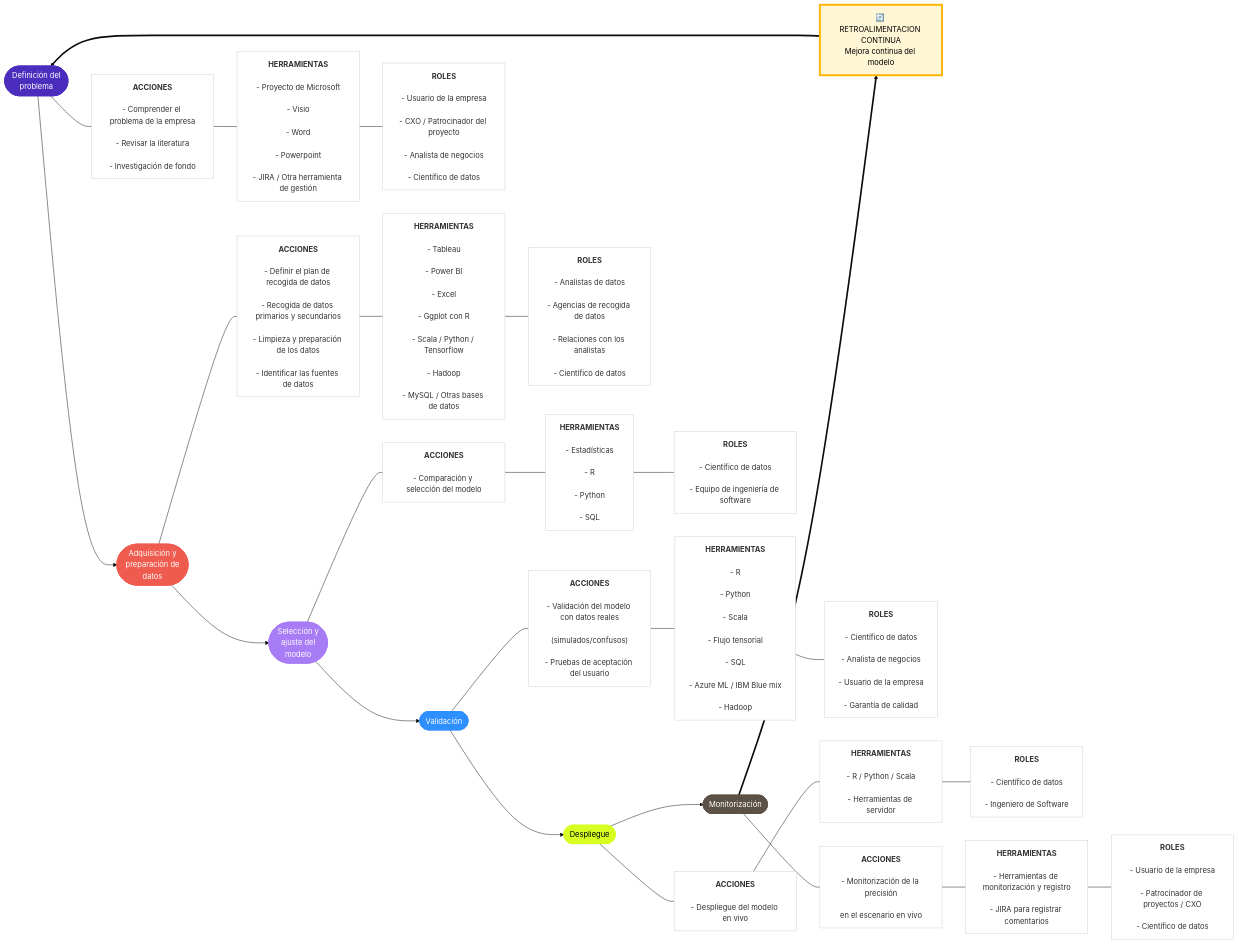
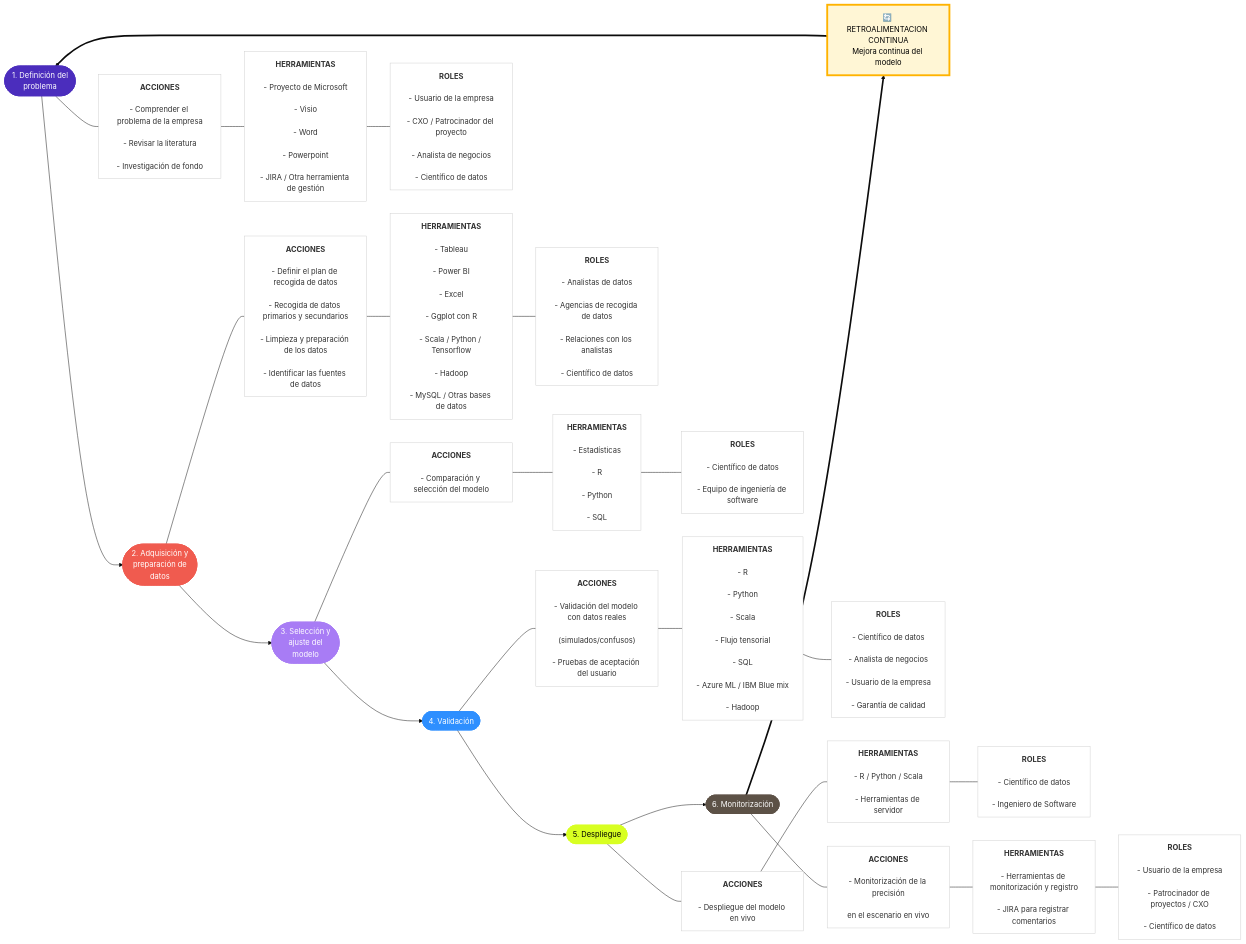
Before and after one commit to alexandrglm/myLearningCorner: the diagram in BigData_BI/01_BI_Architecture/01-008_IoT_Conceptos.md, drawn with Mermaid (base theme).

Commit message:
fix(BI): 01-008 SMART graph

```diff
--- a/BigData_BI/01_BI_Architecture/01-008_IoT_Conceptos.md
+++ b/BigData_BI/01_BI_Architecture/01-008_IoT_Conceptos.md
@@ -489,12 +489,12 @@
 classDef feedback fill:#FFF6D5,color:#000,stroke:#FFB300,stroke-width:4px;
 
 
-F1([Definición del<br/>problema])
-F2([Adquisición y<br/>preparación de<br/>datos])
-F3([Selección y<br/>ajuste del<br/>modelo])
-F4([Validación])
-F5([Despliegue])
-F6([Monitorización])
+F1([1. Definición del<br/>problema])
+F2([2. Adquisición y<br/>preparación de<br/>datos])
+F3([3. Selección y<br/>ajuste del<br/>modelo])
+F4([4. Validación])
+F5([5. Despliegue])
+F6([6. Monitorización])
 
 F1 --> F2
 F2 --> F3
```
